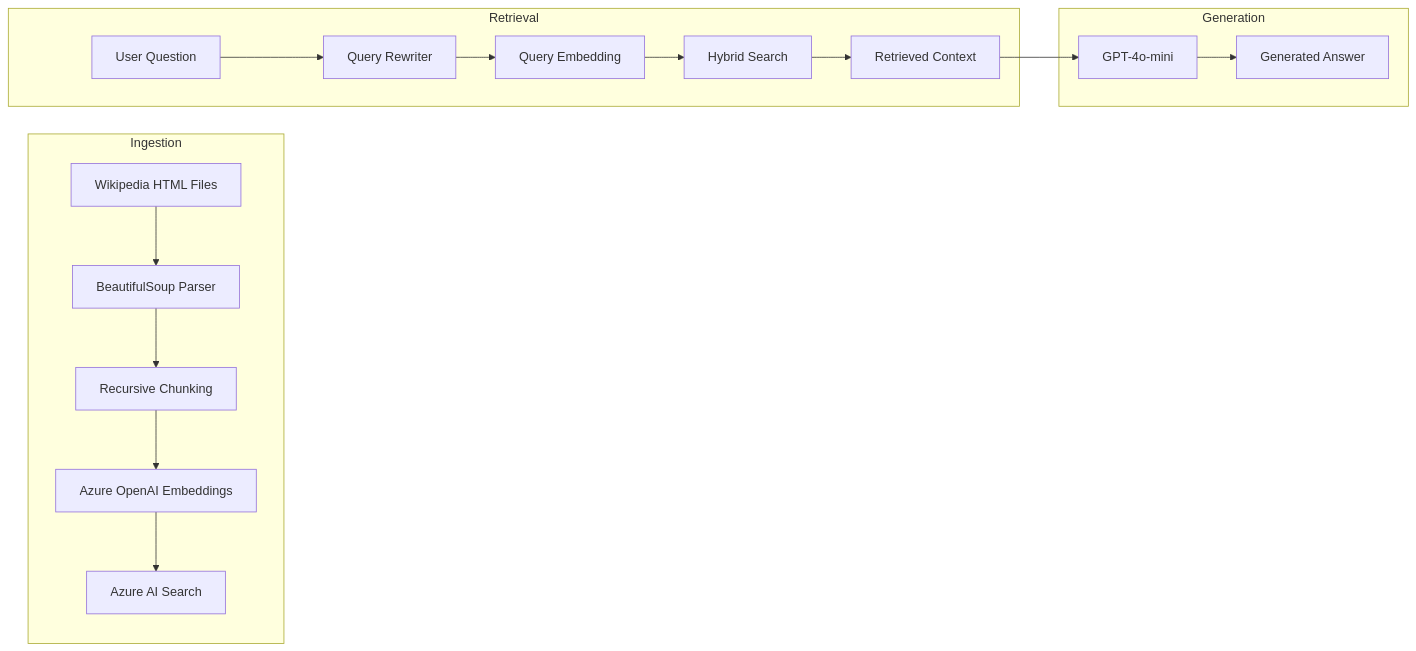
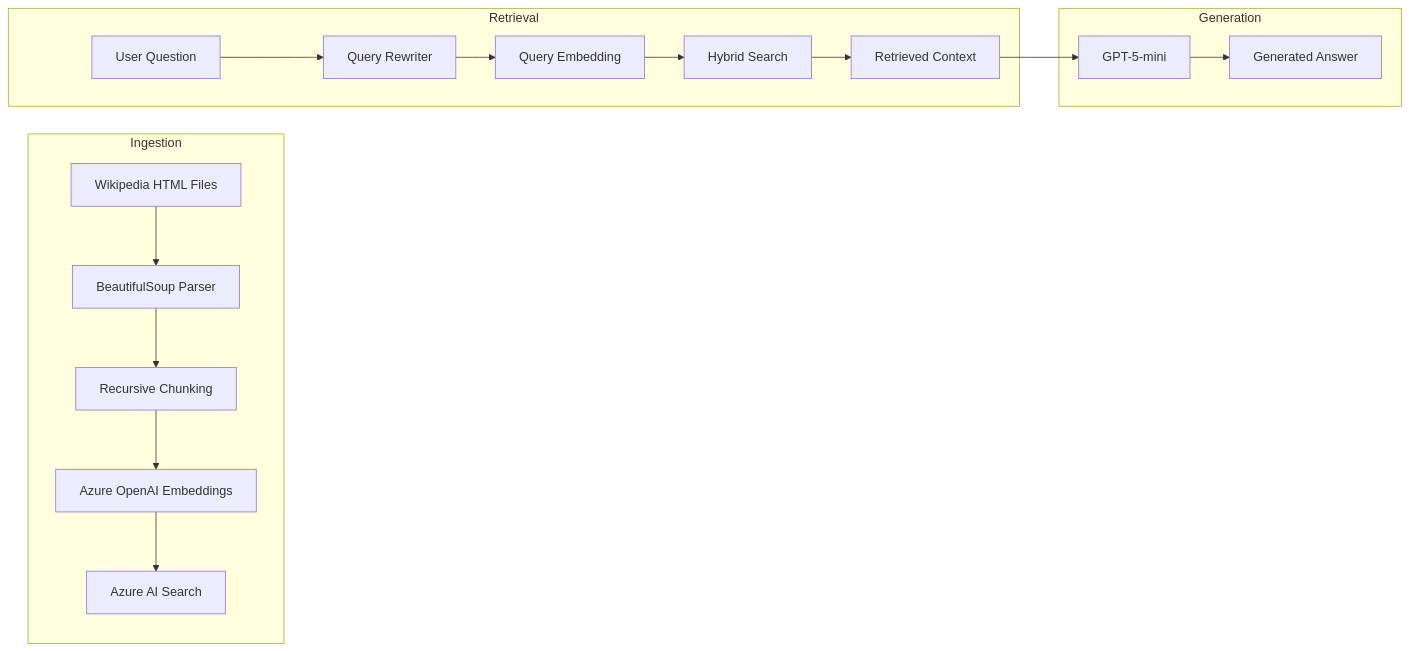
One commit to dabrm/RAG_Phase2_Azure_IaC changed the first of 3 diagrams in README.md. Above: the diagram before and after it, drawn with Mermaid. The commit also changed other lines of this file and 2 other files, not shown here.

````diff
--- a/README.md
+++ b/README.md
@@ -80,36 +80,36 @@
 ```mermaid
 flowchart LR
 
 subgraph Ingestion
 A[Wikipedia HTML Files]
 B[BeautifulSoup Parser]
 C[Recursive Chunking]
 D[Azure OpenAI Embeddings]
 E[Azure AI Search]
 end
 
 subgraph Retrieval
 F[User Question]
 G[Query Rewriter]
 H[Query Embedding]
 I[Hybrid Search]
 J[Retrieved Context]
 end
 
 subgraph Generation
-K[GPT-4o-mini]
+K[GPT-5-mini]
 L[Generated Answer]
 end
 
 A --> B
 B --> C
 C --> D
 D --> E
 
 F --> G
 G --> H
 H --> I
 I --> J
 J --> K
 K --> L
 ```
````
